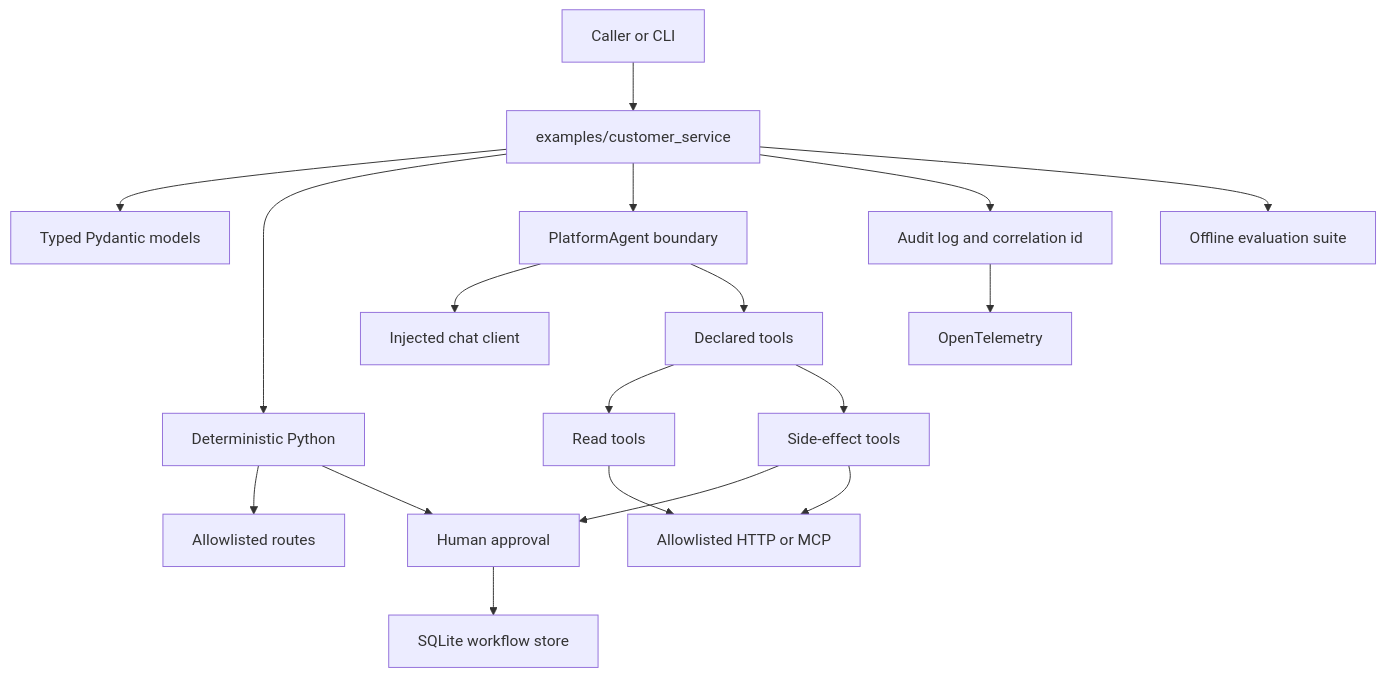
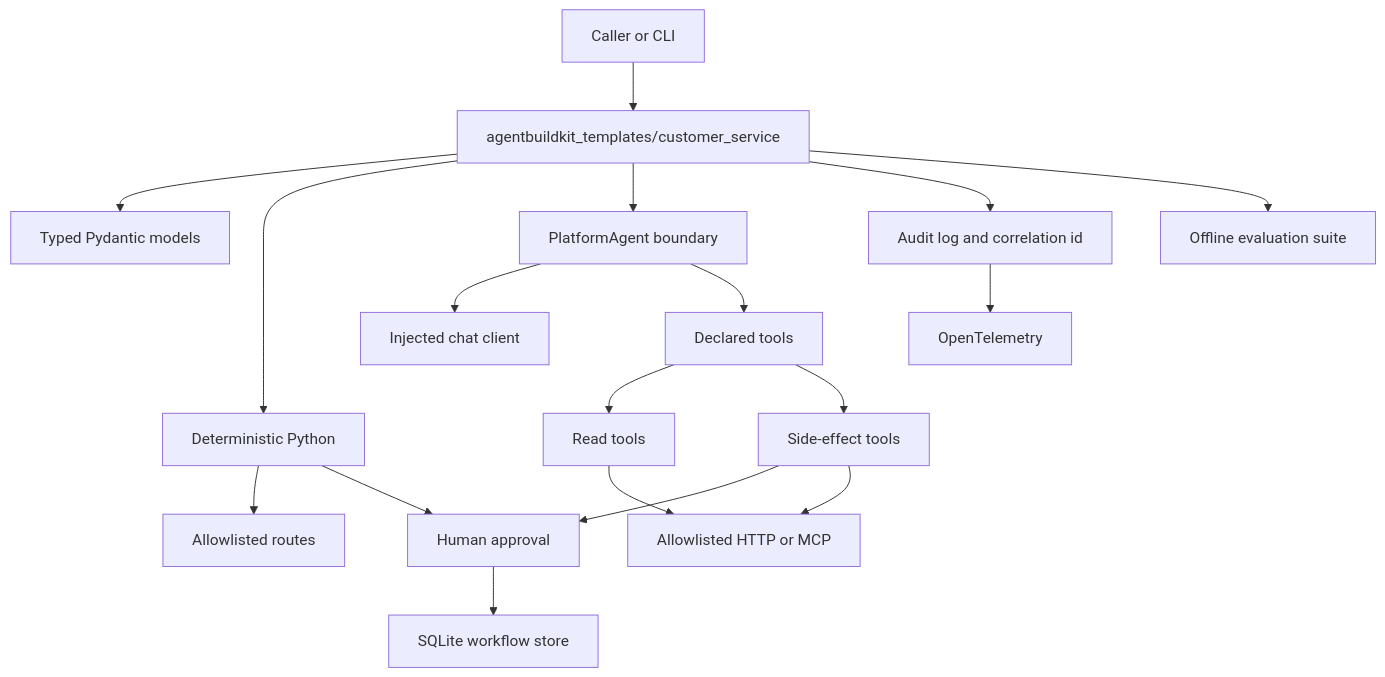
Before and after one commit to agentbuildkit/agentbuildkit: the diagram in docs/architecture.md, drawn with Mermaid. The commit also changed other lines of this file and 86 other files, not shown here.

````diff
--- a/docs/architecture.md
+++ b/docs/architecture.md
@@ -7,20 +7,20 @@
 ```mermaid
 flowchart TB
-  caller[Caller or CLI] --> organisation[examples/customer_service]
+  caller[Caller or CLI] --> organisation[agentbuildkit_templates/customer_service]
   organisation --> schemas[Typed Pydantic models]
   organisation --> python[Deterministic Python]
   organisation --> agents[PlatformAgent boundary]
   agents --> client[Injected chat client]
   python --> routes[Allowlisted routes]
   python --> approval[Human approval]
   agents --> tools[Declared tools]
   tools --> reads[Read tools]
   tools --> writes[Side-effect tools]
   writes --> approval
   approval --> sqlite[SQLite workflow store]
   reads --> systems[Allowlisted HTTP or MCP]
   writes --> systems
   organisation --> audit[Audit log and correlation id]
   audit --> otel[OpenTelemetry]
   organisation --> evaluation[Offline evaluation suite]
 ```
````
